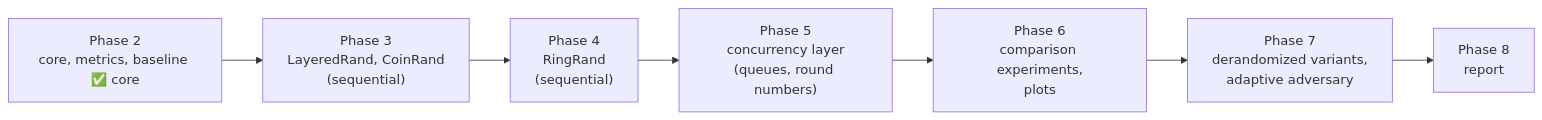
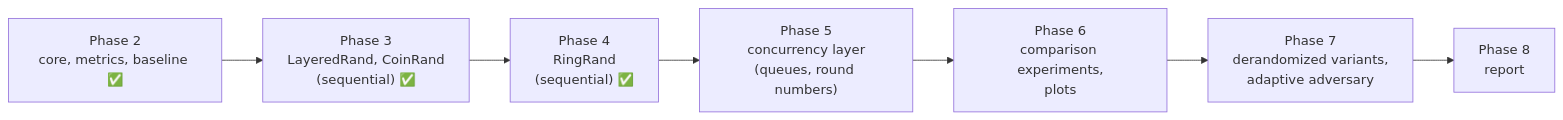
Before and after one commit to P-wig/Distributed-Systems: the fifth of 5 diagrams in Term-Project/docs/ARCHITECTURE.md, drawn with Mermaid. The commit also changed other lines of this file and 15 other files, not shown here.

````diff
--- a/Term-Project/docs/ARCHITECTURE.md
+++ b/Term-Project/docs/ARCHITECTURE.md
@@ -154,9 +155,9 @@
 ```mermaid
 flowchart LR
-    P2["Phase 2<br/>core, metrics, baseline ✅ core"] --> P3["Phase 3<br/>LayeredRand, CoinRand<br/>(sequential)"]
-    P3 --> P4["Phase 4<br/>RingRand<br/>(sequential)"]
+    P2["Phase 2<br/>core, metrics, baseline ✅"] --> P3["Phase 3<br/>LayeredRand, CoinRand<br/>(sequential) ✅"]
+    P3 --> P4["Phase 4<br/>RingRand<br/>(sequential) ✅"]
     P4 --> P5["Phase 5<br/>concurrency layer<br/>(queues, round numbers)"]
     P5 --> P6["Phase 6<br/>comparison experiments,<br/>plots"]
     P6 --> P7["Phase 7<br/>derandomized variants,<br/>adaptive adversary"]
     P7 --> P8["Phase 8<br/>report"]
 ```
````
